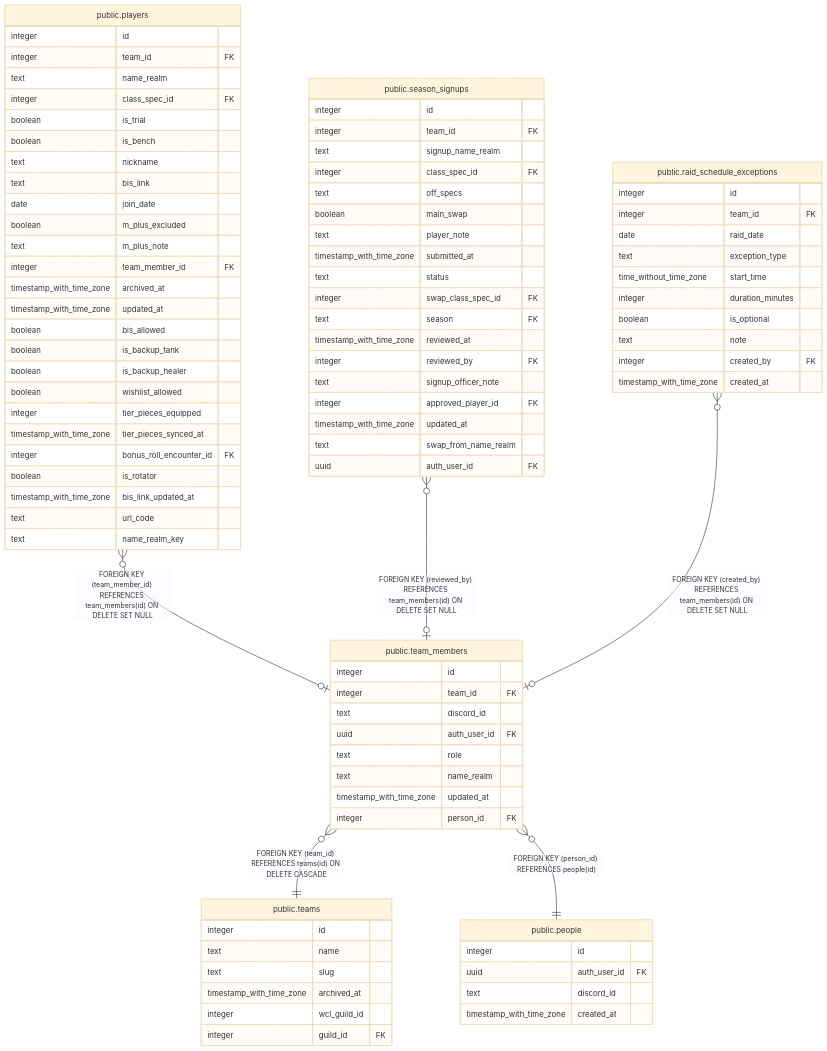
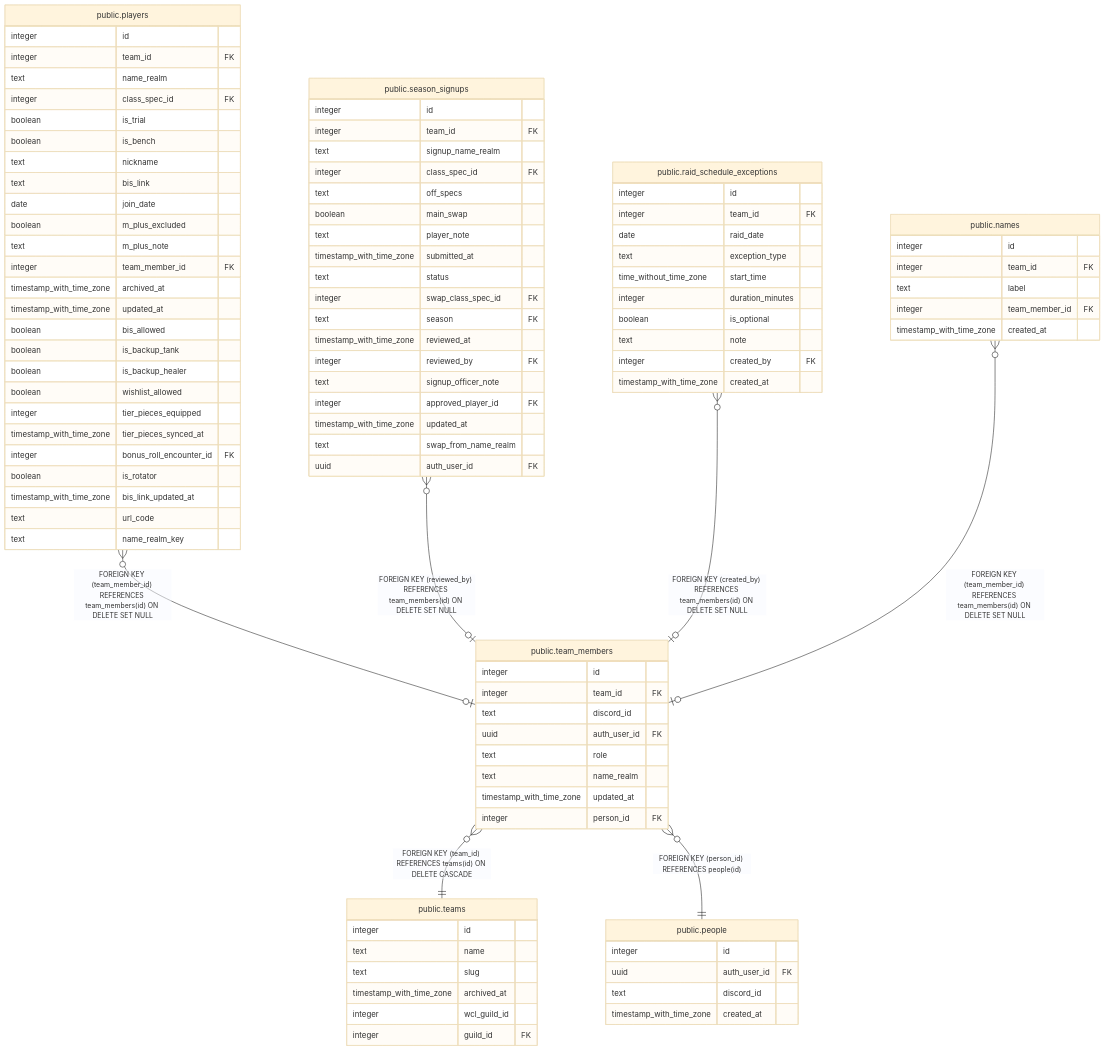
One commit to katogaming88/WGA-Raid-Hub changed the diagram in dbdoc/public.team_members.md. Above: the diagram before and after it, drawn with Mermaid (base theme). The commit also changed other lines of this file and 28 other files, not shown here.

```diff
--- a/dbdoc/public.team_members.md
+++ b/dbdoc/public.team_members.md
@@ -49,6 +49,7 @@
 "public.players" }o--o| "public.team_members" : "FOREIGN KEY (team_member_id) REFERENCES team_members(id) ON DELETE SET NULL"
 "public.season_signups" }o--o| "public.team_members" : "FOREIGN KEY (reviewed_by) REFERENCES team_members(id) ON DELETE SET NULL"
 "public.raid_schedule_exceptions" }o--o| "public.team_members" : "FOREIGN KEY (created_by) REFERENCES team_members(id) ON DELETE SET NULL"
+"public.names" }o--o| "public.team_members" : "FOREIGN KEY (team_member_id) REFERENCES team_members(id) ON DELETE SET NULL"
 "public.team_members" }o--|| "public.teams" : "FOREIGN KEY (team_id) REFERENCES teams(id) ON DELETE CASCADE"
 "public.team_members" }o--|| "public.people" : "FOREIGN KEY (person_id) REFERENCES people(id)"
 
@@ -121,6 +122,13 @@
   integer created_by FK
   timestamp_with_time_zone created_at
 }
+"public.names" {
+  integer id
+  integer team_id FK
+  text label
+  integer team_member_id FK
+  timestamp_with_time_zone created_at
+}
 "public.teams" {
   integer id
   text name
```
